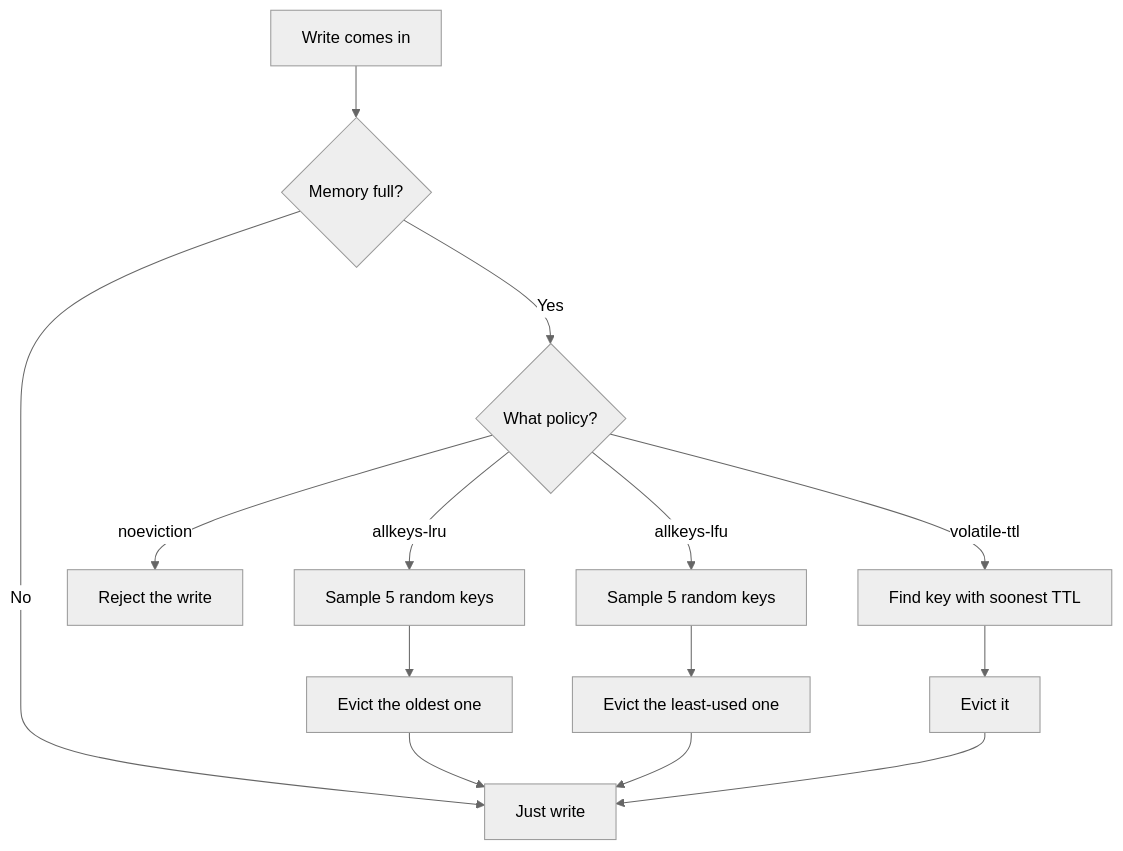
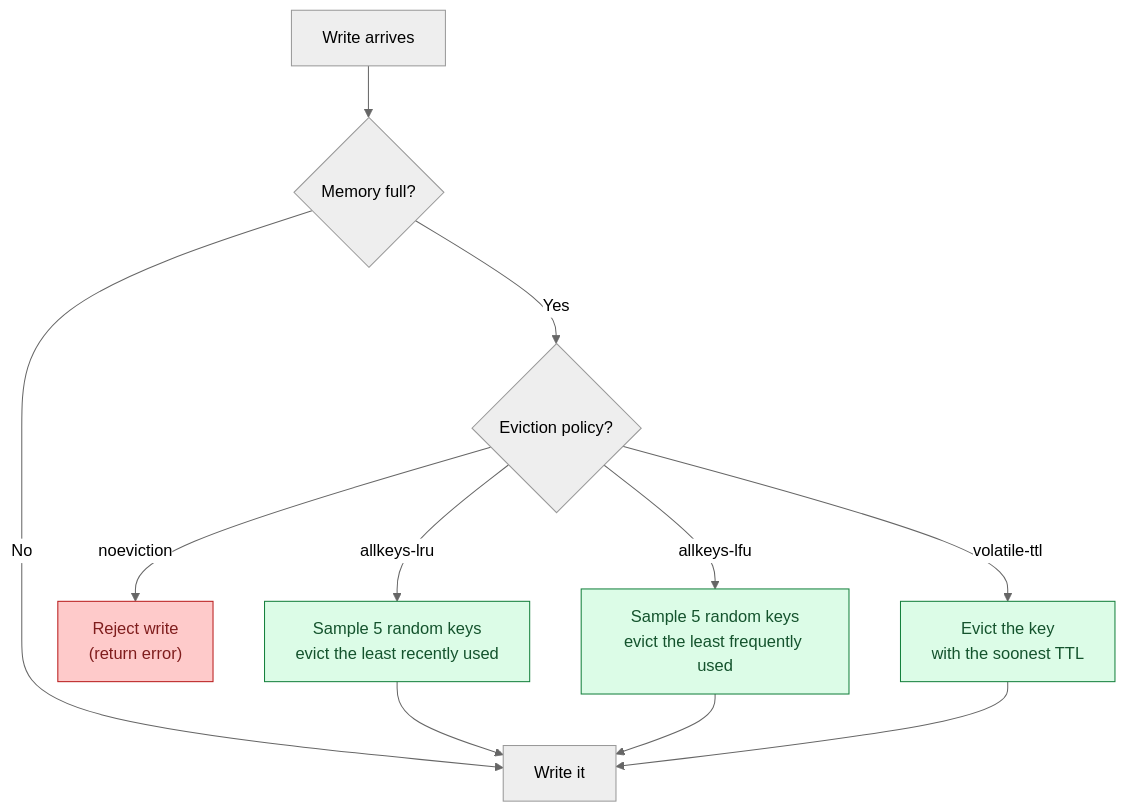
The tenth of 11 diagrams in problems/009-distributed-cache/question.md (shiningflash/system-design), drawn with Mermaid (neutral theme) before and after one commit. The commit also changed other lines of this file and 38 other files, not shown here.

````diff
--- a/problems/009-distributed-cache/question.md
+++ b/problems/009-distributed-cache/question.md
@@ -311,16 +362,16 @@
 ```mermaid
 flowchart TD
-    A[Write comes in] --> B{Memory full?}
-    B -- No --> C[Just write]
-    B -- Yes --> D{What policy?}
-    D -- noeviction --> E[Reject the write]
-    D -- allkeys-lru --> F[Sample 5 random keys]
-    F --> G[Evict the oldest one]
+    A[Write arrives] --> B{Memory full?}
+    B -- No --> C[Write it]
+    B -- Yes --> D{Eviction policy?}
+    D -- noeviction --> E["Reject write<br/>(return error)"]:::bad
+    D -- allkeys-lru --> F["Sample 5 random keys<br/>evict the least recently used"]:::ok
+    F --> C
+    D -- allkeys-lfu --> G["Sample 5 random keys<br/>evict the least frequently used"]:::ok
     G --> C
-    D -- allkeys-lfu --> H[Sample 5 random keys]
-    H --> I[Evict the least-used one]
-    I --> C
-    D -- volatile-ttl --> J[Find key with soonest TTL]
-    J --> K[Evict it]
-    K --> C
+    D -- volatile-ttl --> H["Evict the key<br/>with the soonest TTL"]:::ok
+    H --> C
+
+    classDef ok fill:#dcfce7,stroke:#15803d,color:#14532d
+    classDef bad fill:#fecaca,stroke:#b91c1c,color:#7f1d1d
 ```
````
